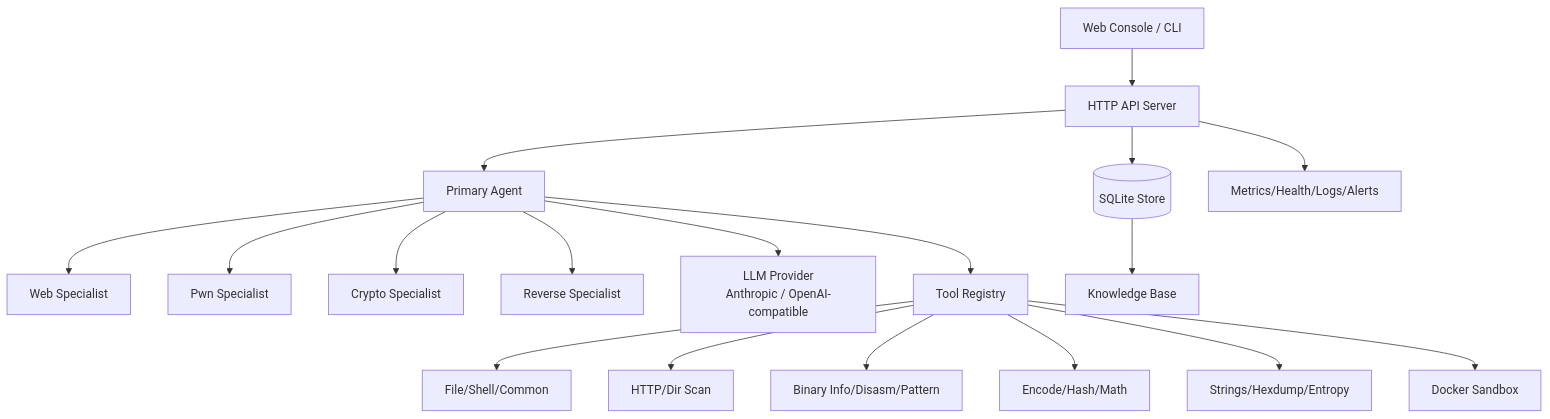
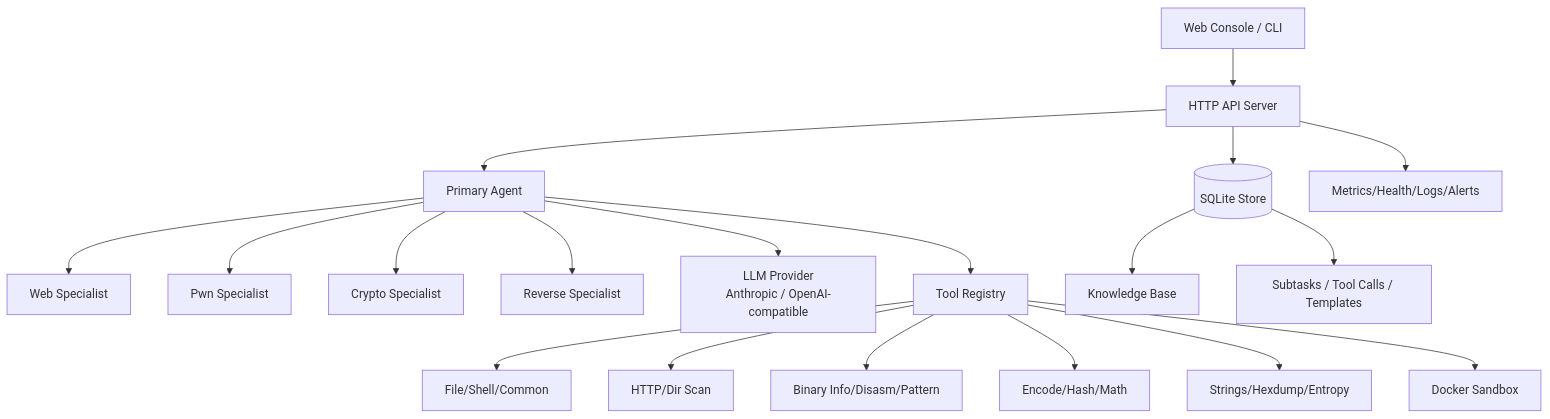
One commit to Conly-Zy/CTF-Agent changed the diagram in README.md. Above: the diagram before and after it, drawn with Mermaid. The commit also changed other lines of this file and 26 other files, not shown here.

````diff
--- a/README.md
+++ b/README.md
@@ -223,20 +224,21 @@
 ```mermaid
 flowchart TD
     UI[Web Console / CLI] --> API[HTTP API Server]
     API --> Primary[Primary Agent]
     Primary --> WebAgent[Web Specialist]
     Primary --> PwnAgent[Pwn Specialist]
     Primary --> CryptoAgent[Crypto Specialist]
     Primary --> RevAgent[Reverse Specialist]
     Primary --> LLM[LLM Provider\nAnthropic / OpenAI-compatible]
     Primary --> Tools[Tool Registry]
     Tools --> Common[File/Shell/Common]
     Tools --> WebTools[HTTP/Dir Scan]
     Tools --> PwnTools[Binary Info/Disasm/Pattern]
     Tools --> CryptoTools[Encode/Hash/Math]
     Tools --> ReverseTools[Strings/Hexdump/Entropy]
     Tools --> Sandbox[Docker Sandbox]
     API --> Store[(SQLite Store)]
     Store --> Knowledge[Knowledge Base]
+    Store --> Evidence[Subtasks / Tool Calls / Templates]
     API --> Metrics[Metrics/Health/Logs/Alerts]
 ```
````
